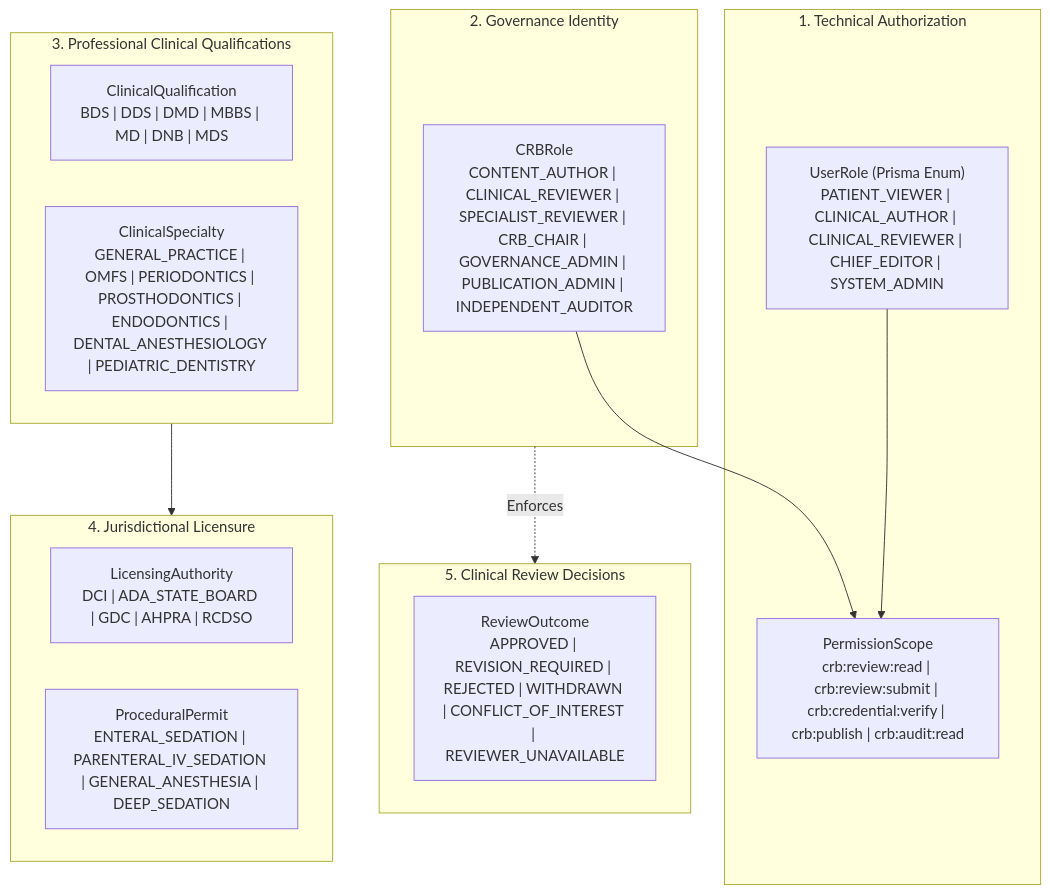
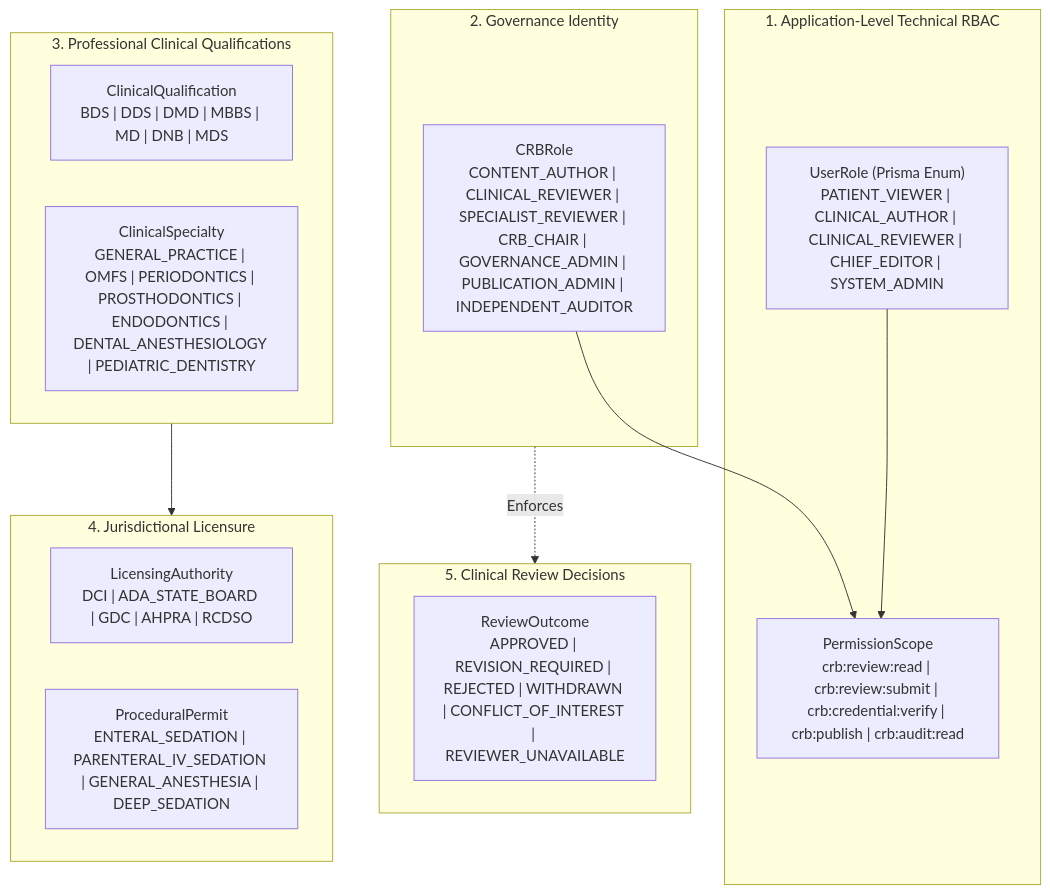
The first of 2 diagrams in docs/architecture/M6_1_2_GOVERNANCE_CORE_TYPES_POLICY_ADAPTER_PLAN.md (hariiii8/DentalVis), drawn with Mermaid before and after one commit. The commit also changed other lines of this file, not shown here.

Commit message:
docs(governance): clarify M6.1.2 policy architecture

````diff
--- a/docs/architecture/M6_1_2_GOVERNANCE_CORE_TYPES_POLICY_ADAPTER_PLAN.md
+++ b/docs/architecture/M6_1_2_GOVERNANCE_CORE_TYPES_POLICY_ADAPTER_PLAN.md
@@ -69,30 +71,30 @@
 ```mermaid
 graph TD
-    subgraph TechnicalAuth["1. Technical Authorization"]
+    subgraph TechnicalAuth["1. Application-Level Technical RBAC"]
         TR["UserRole (Prisma Enum)<br/>PATIENT_VIEWER | CLINICAL_AUTHOR | CLINICAL_REVIEWER | CHIEF_EDITOR | SYSTEM_ADMIN"]
         Scopes["PermissionScope<br/>crb:review:read | crb:review:submit | crb:credential:verify | crb:publish | crb:audit:read"]
     end
 
     subgraph GovernanceIdentity["2. Governance Identity"]
         GR["CRBRole<br/>CONTENT_AUTHOR | CLINICAL_REVIEWER | SPECIALIST_REVIEWER | CRB_CHAIR | GOVERNANCE_ADMIN | PUBLICATION_ADMIN | INDEPENDENT_AUDITOR"]
     end
 
     subgraph ProfessionalQualifications["3. Professional Clinical Qualifications"]
         PQ["ClinicalQualification<br/>BDS | DDS | DMD | MBBS | MD | DNB | MDS"]
         Spec["ClinicalSpecialty<br/>GENERAL_PRACTICE | OMFS | PERIODONTICS | PROSTHODONTICS | ENDODONTICS | DENTAL_ANESTHESIOLOGY | PEDIATRIC_DENTISTRY"]
     end
 
     subgraph JurisdictionalLicensure["4. Jurisdictional Licensure"]
         JL["LicensingAuthority<br/>DCI | ADA_STATE_BOARD | GDC | AHPRA | RCDSO"]
         Permit["ProceduralPermit<br/>ENTERAL_SEDATION | PARENTERAL_IV_SEDATION | GENERAL_ANESTHESIA | DEEP_SEDATION"]
     end
 
     subgraph ClinicalDecisions["5. Clinical Review Decisions"]
         RD["ReviewOutcome<br/>APPROVED | REVISION_REQUIRED | REJECTED | WITHDRAWN | CONFLICT_OF_INTEREST | REVIEWER_UNAVAILABLE"]
     end
 
     TR --> Scopes
     GR --> Scopes
     ProfessionalQualifications --> JurisdictionalLicensure
     GovernanceIdentity -.->|"Enforces"| ClinicalDecisions
 ```
````
